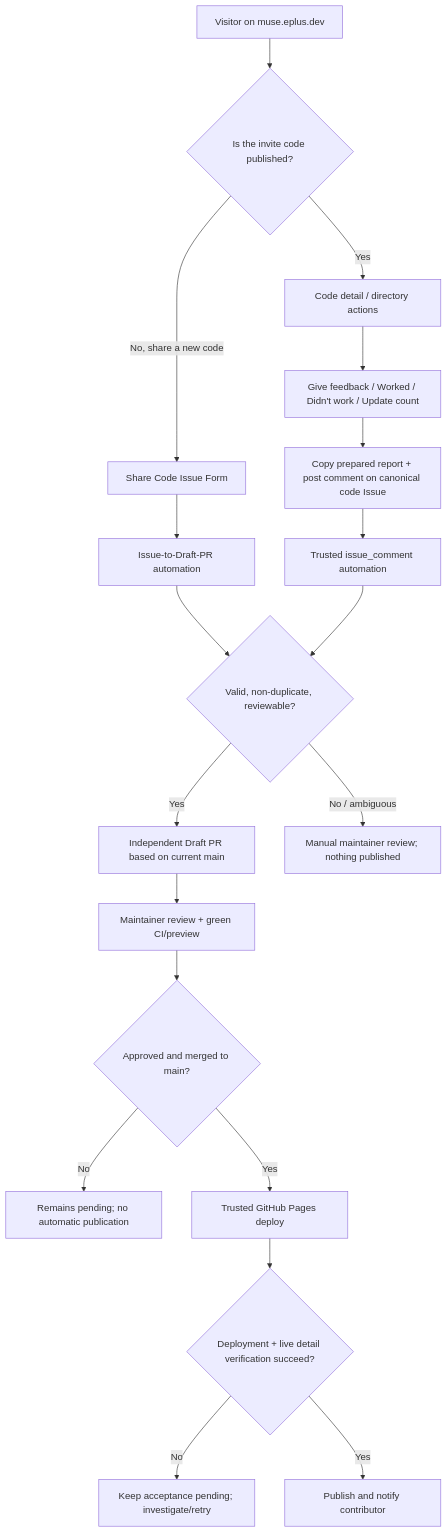
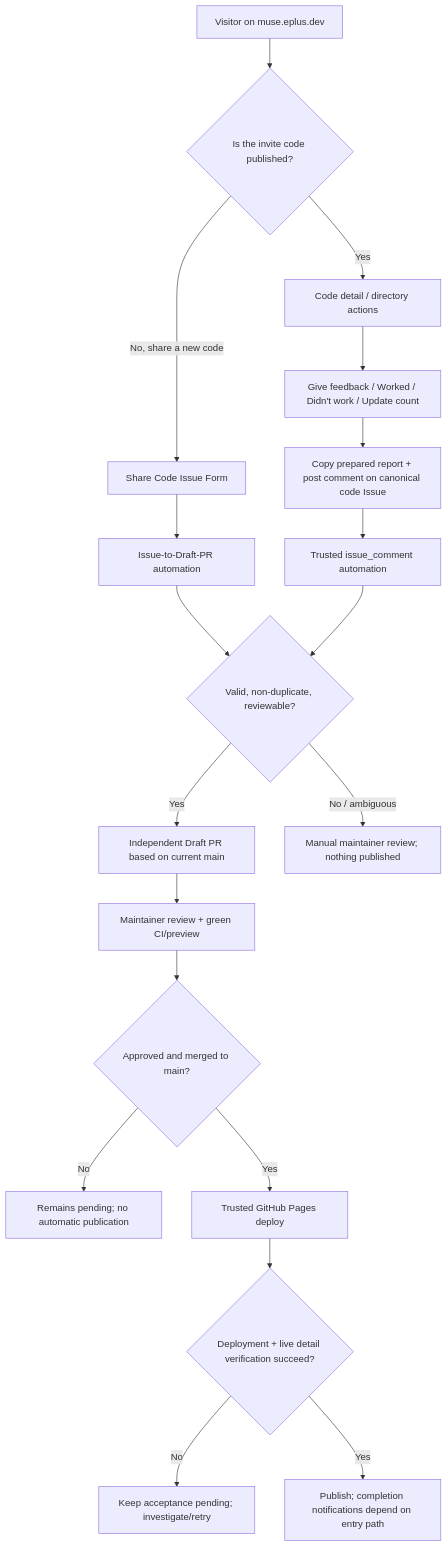
The first of 2 diagrams in docs/CONTRIBUTION_FLOW.md (ePlus-DEV/muse-invite-hub), drawn with Mermaid before and after one commit. The commit also changed other lines of this file, not shown here.

Commit message:
docs: distinguish comment PR notice from deploy acceptance notification

````diff
--- a/docs/CONTRIBUTION_FLOW.md
+++ b/docs/CONTRIBUTION_FLOW.md
@@ -7,21 +7,21 @@
 ```mermaid
 flowchart TD
     A["Visitor on muse.eplus.dev"] --> B{"Is the invite code published?"}
     B -->|"No, share a new code"| C["Share Code Issue Form"]
     B -->|"Yes"| D["Code detail / directory actions"]
     D --> E["Give feedback / Worked / Didn't work / Update count"]
     E --> F["Copy prepared report + post comment on canonical code Issue"]
     C --> G["Issue-to-Draft-PR automation"]
     F --> H["Trusted issue_comment automation"]
     G --> I{"Valid, non-duplicate, reviewable?"}
     H --> I
     I -->|"Yes"| J["Independent Draft PR based on current main"]
     I -->|"No / ambiguous"| K["Manual maintainer review; nothing published"]
     J --> L["Maintainer review + green CI/preview"]
     L --> M{"Approved and merged to main?"}
     M -->|"No"| N["Remains pending; no automatic publication"]
     M -->|"Yes"| O["Trusted GitHub Pages deploy"]
     O --> P{"Deployment + live detail verification succeed?"}
     P -->|"No"| Q["Keep acceptance pending; investigate/retry"]
-    P -->|"Yes"| R["Publish and notify contributor"]
+    P -->|"Yes"| R["Publish; completion notifications depend on entry path"]
 ```
````
